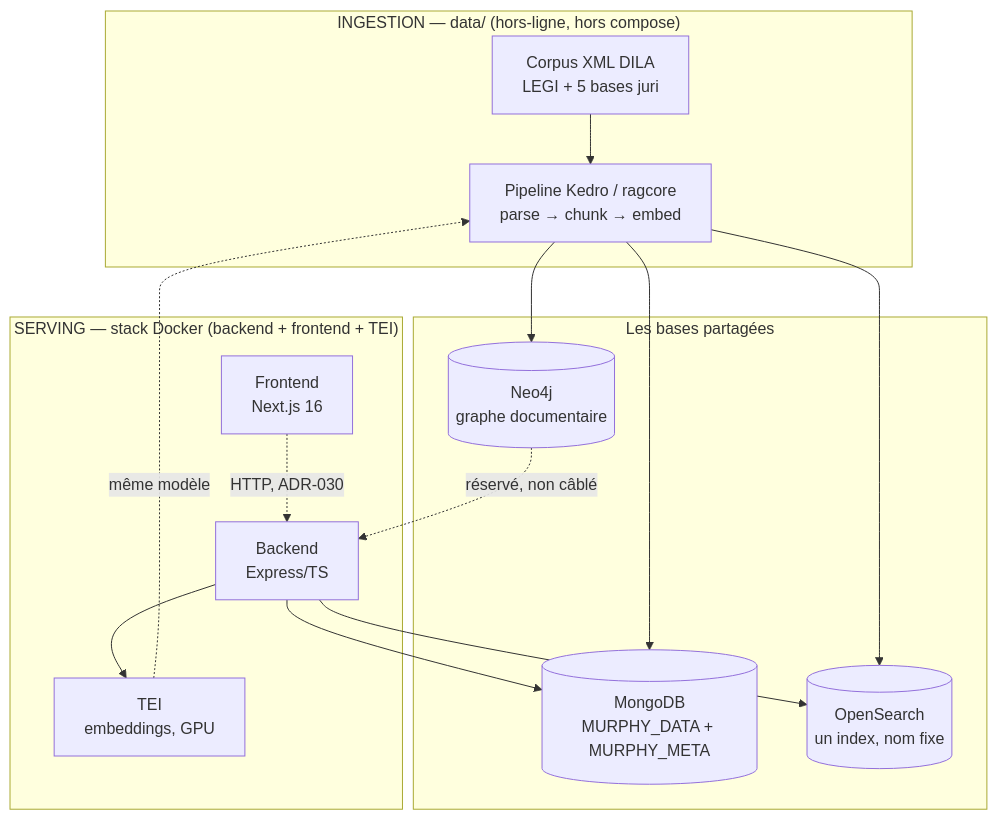
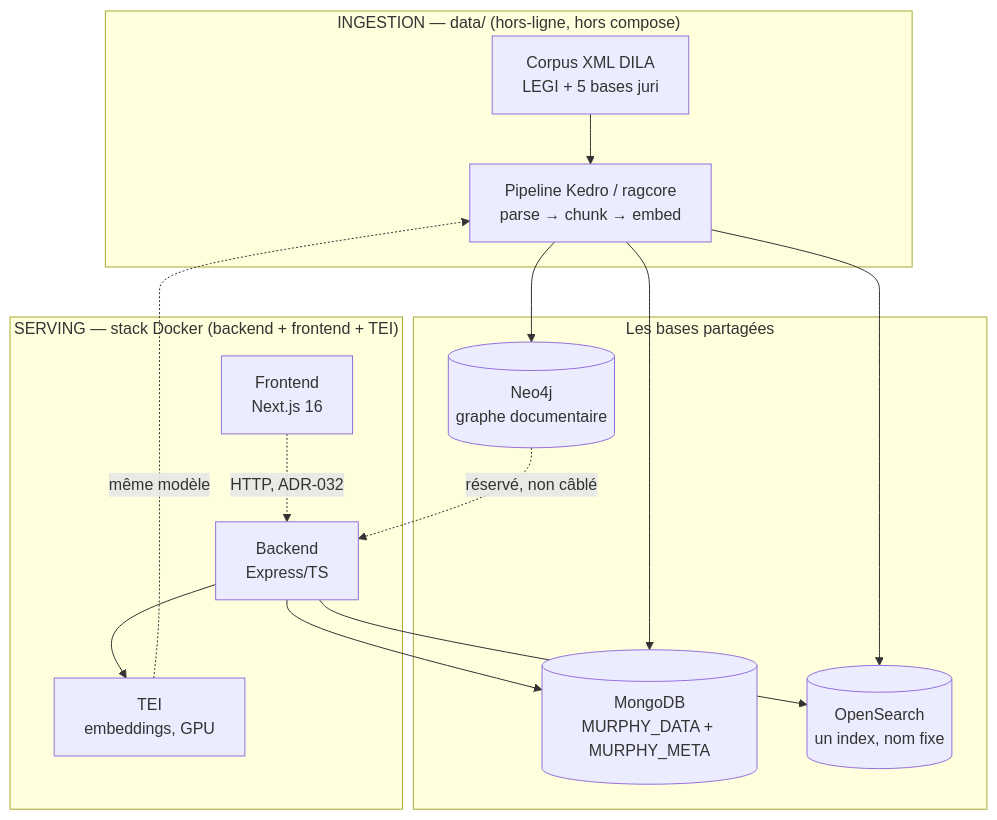
One commit to nmoutou/murphy changed the diagram in docs/technical/ARCHITECTURE.md. Above: the diagram before and after it, drawn with Mermaid. The commit also changed other lines of this file and 23 other files, not shown here.

````diff
--- a/docs/technical/ARCHITECTURE.md
+++ b/docs/technical/ARCHITECTURE.md
@@ -19,22 +19,22 @@
 ```mermaid
 flowchart TB
     subgraph ingestion ["INGESTION — data/ (hors-ligne, hors compose)"]
         XML[Corpus XML DILA<br>LEGI + 5 bases juri] --> Kedro[Pipeline Kedro / ragcore<br>parse → chunk → embed]
     end
 
     subgraph stores ["Les bases partagées"]
         Mongo[(MongoDB<br>MURPHY_DATA + MURPHY_META)]
         OpenSearch[(OpenSearch<br>un index, nom fixe)]
         Neo4j[(Neo4j<br>graphe documentaire)]
     end
 
     subgraph serving ["SERVING — stack Docker (backend + frontend + TEI)"]
-        Front[Frontend<br>Next.js 16] -.->|HTTP, ADR-030| Back[Backend<br>Express/TS]
+        Front[Frontend<br>Next.js 16] -.->|HTTP, ADR-032| Back[Backend<br>Express/TS]
         Back --> TEI[TEI<br>embeddings, GPU]
     end
 
     Kedro --> Mongo & OpenSearch & Neo4j
     TEI -.->|même modèle| Kedro
     Back --> Mongo & OpenSearch
     Neo4j -.->|réservé, non câblé| Back
 ```
````
